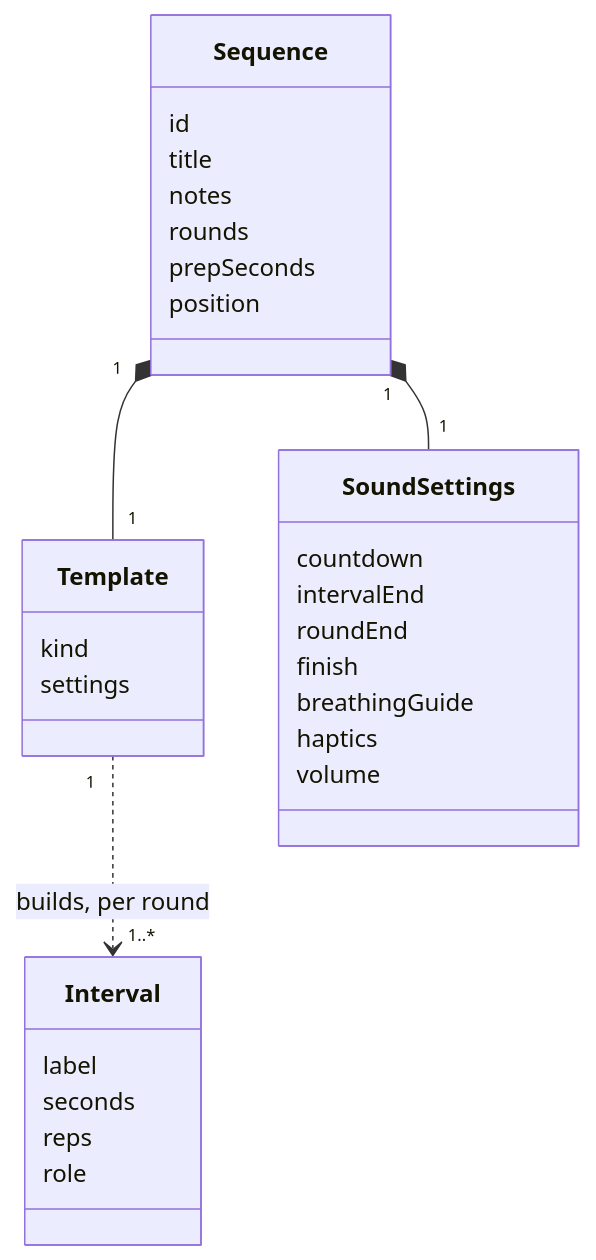
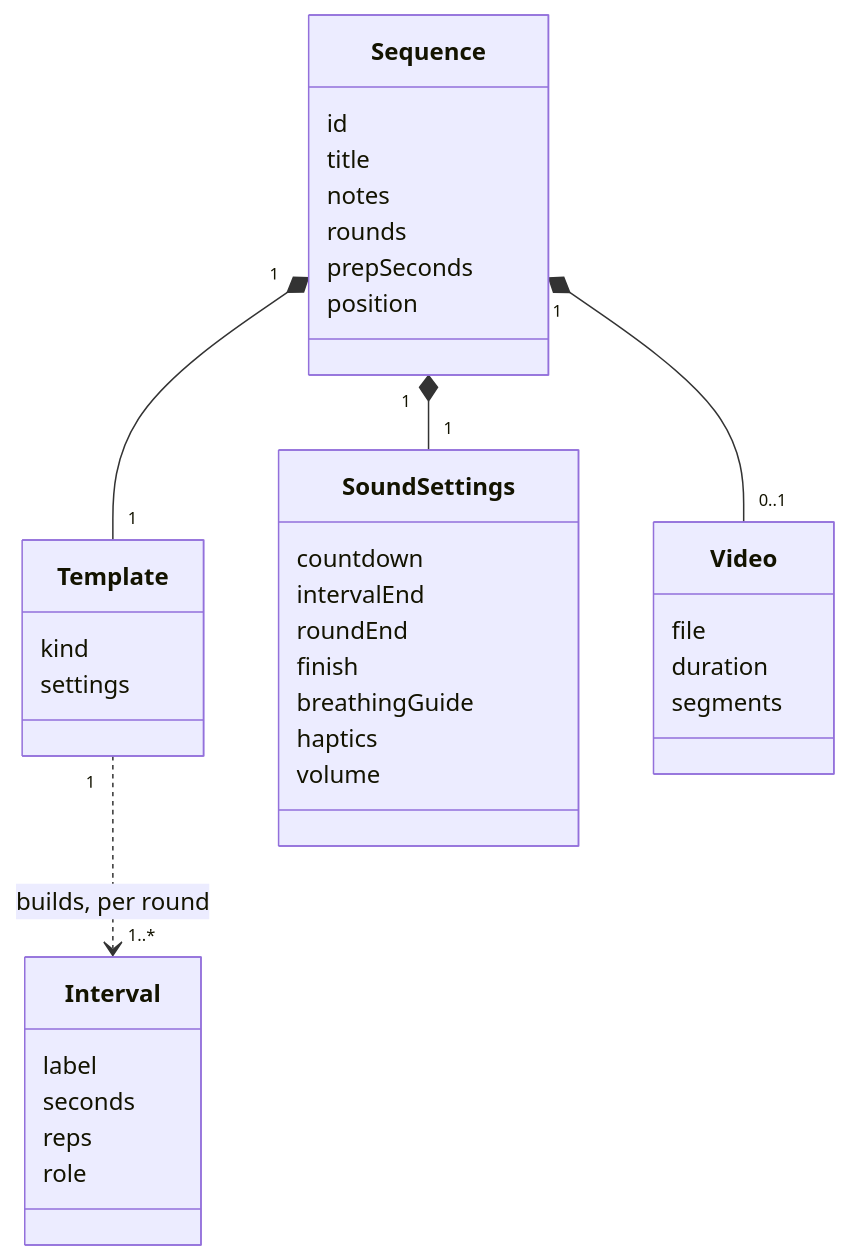
The first of 3 diagrams in docs/spec.md (trekdemo/no-gym), drawn with Mermaid before and after one commit. The commit also changed other lines of this file and 12 other files, not shown here.

````diff
--- a/docs/spec.md
+++ b/docs/spec.md
@@ -49,33 +49,39 @@
 ```mermaid
 classDiagram
     class Sequence {
         id
         title
         notes
         rounds
         prepSeconds
         position
     }
     class Template {
         kind
         settings
     }
     class SoundSettings {
         countdown
         intervalEnd
         roundEnd
         finish
         breathingGuide
         haptics
         volume
     }
     class Interval {
         label
         seconds
         reps
         role
     }
     Sequence "1" *-- "1" Template
+    class Video {
+        file
+        duration
+        segments
+    }
     Sequence "1" *-- "1" SoundSettings
+    Sequence "1" *-- "0..1" Video
     Template "1" ..> "1..*" Interval : builds, per round
 ```
````
